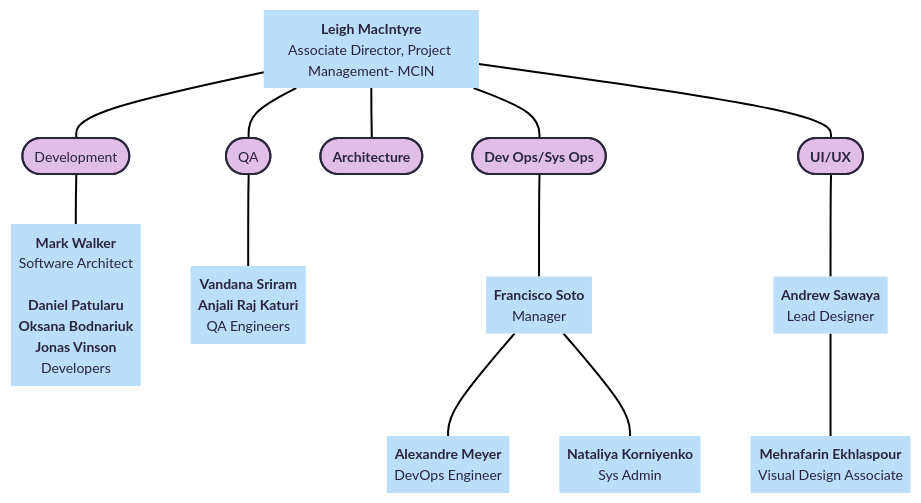
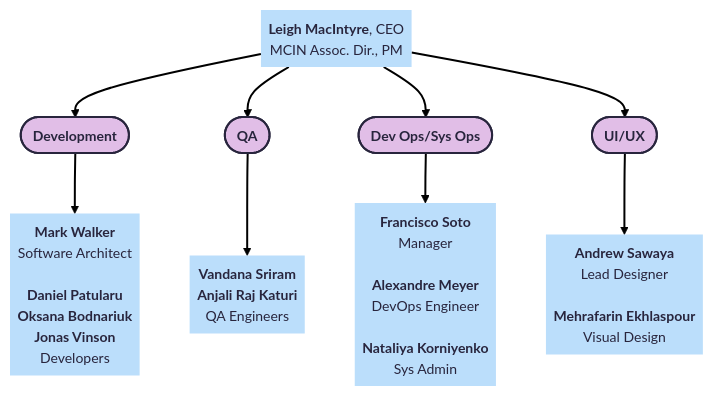
The fourth of 10 diagrams in docs/orgcharts.md (DCAN-Labs/hbcd-docs-internal), drawn with Mermaid before and after one commit. The commit also changed other lines of this file and 1 other file, not shown here.

Commit message:
update lasso

````diff
--- a/docs/orgcharts.md
+++ b/docs/orgcharts.md
@@ -361,35 +364,26 @@
 ```mermaid
 ---
 config:
   theme: redux
 ---
-flowchart TD
-    A["<b>Leigh MacIntyre</b><br>Associate Director, Project Management- MCIN"] --- B(["Development"]) & n1(["QA"]) & n2(["<b>Architecture</b>"]) & n3(["<b>Dev Ops/Sys Ops</b>"]) & n4(["<b>UI/UX</b>"])
-    B --- n5["<b>Mark Walker<br></b>Software Architect<br><br><b>Daniel Patularu</b><br><b>Oksana Bodnariuk<br>Jonas Vinson<br></b>Developers"]
-    n1 --- n6["<b>Vandana Sriram</b><br><b>Anjali Raj Katuri<br></b>QA Engineers"]
-    n3 --- n8["<b>Francisco Soto<br></b>Manager<br>"]
-    n4 --- n9["<b>Andrew Sawaya<br></b>Lead Designer<br>"]
-    n8 --- n10["<b>Alexandre Meyer<br></b>DevOps Engineer"] & n11["<b>Nataliya Korniyenko<br></b>Sys Admin"]
-    n9 --- n12["<b>Mehrafarin Ekhlaspour<br></b>Visual Design Associate"]
-    A@{ shape: text}
+flowchart TB
+    B(["<b>Development</b>"]) --> n5["<b>Mark Walker<br></b>Software Architect<br><br><b>Daniel Patularu</b><br><b>Oksana Bodnariuk<br>Jonas Vinson<br></b>Developers"]
+    n1(["<b>QA</b>"]) --> n6["<b>Vandana Sriram</b><br><b>Anjali Raj Katuri<br></b>QA Engineers"]
+    n3(["<b>Dev Ops/Sys Ops</b>"]) --> n8@{ label: "<b>Francisco Soto<br></b>Manager<br><br><span style=\"--tw-scale-x:\"><b>Alexandre Meyer<br style=\"--tw-scale-x:\"></b></span>DevOps Engineer<br><br><span style=\"--tw-scale-x:\"><b>Nataliya Korniyenko<br style=\"--tw-scale-x:\"></b></span>Sys Admin" }
+    n4(["<b>UI/UX</b>"]) --> n9@{ label: "<b>Andrew Sawaya<br></b>Lead Designer<br><br><span style=\"--tw-scale-x:\"><b>Mehrafarin Ekhlaspour<br style=\"--tw-scale-x:\"></b></span>Visual Design" }
+    n10["<b>Leigh MacIntyre</b>, CEO<br>MCIN Assoc. Dir., PM"] --> B & n1 & n3 & n4
     n5@{ shape: text}
     n6@{ shape: text}
     n8@{ shape: text}
     n9@{ shape: text}
     n10@{ shape: text}
-    n11@{ shape: text}
-    n12@{ shape: text}
-    style A fill:#BBDEFB
     style B fill:#E1BEE7
+    style n5 fill:#BBDEFB
     style n1 fill:#E1BEE7
-    style n2 fill:#E1BEE7
+    style n6 fill:#BBDEFB
     style n3 fill:#E1BEE7
+    style n8 fill:#BBDEFB
     style n4 fill:#E1BEE7
-    style n5 fill:#BBDEFB
-    style n6 fill:#BBDEFB
-    style n8 fill:#BBDEFB
     style n9 fill:#BBDEFB
     style n10 fill:#BBDEFB
-    style n11 fill:#BBDEFB
-    style n12 fill:#BBDEFB
 ```
````
